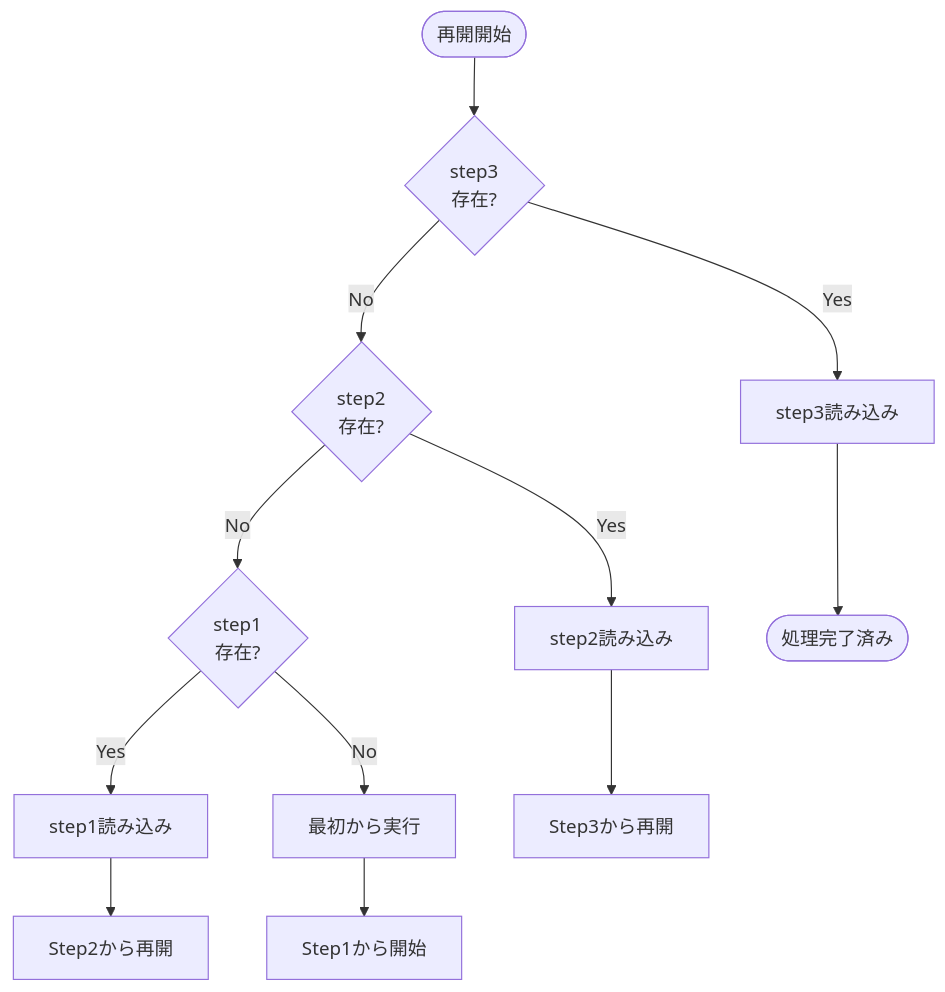
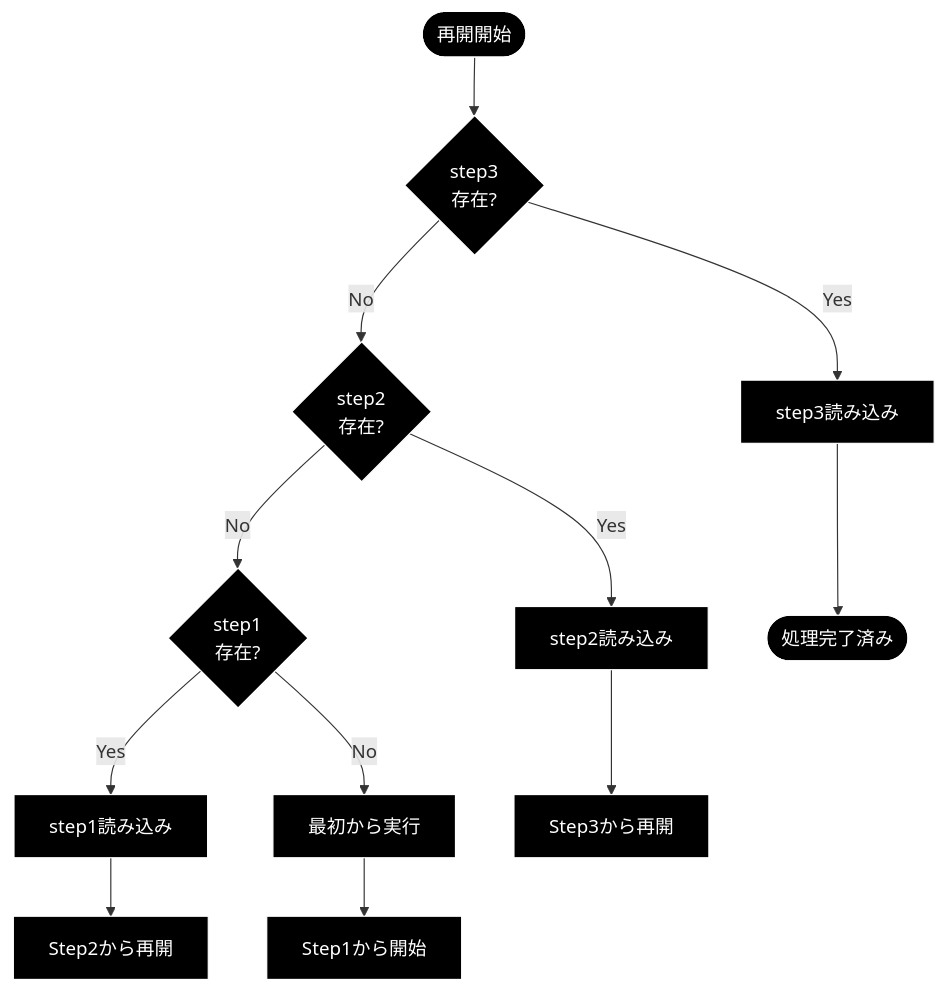
The seventh of 7 diagrams in chunking/doc/csv_text_to_chunks_text_csv.md (nakashima2toshio/ollama_grace_agent_v2), drawn with Mermaid before and after one commit. The commit also changed other lines of this file and 13 other files, not shown here.

````diff
--- a/chunking/doc/csv_text_to_chunks_text_csv.md
+++ b/chunking/doc/csv_text_to_chunks_text_csv.md
@@ -1109,18 +1147,21 @@
 ```mermaid
 flowchart TB
     START(["再開開始"]) --> CHECK1{"step3<br/>存在?"}
 
     CHECK1 -->|Yes| LOAD3["step3読み込み"]
     CHECK1 -->|No| CHECK2{"step2<br/>存在?"}
 
     CHECK2 -->|Yes| LOAD2["step2読み込み"]
     CHECK2 -->|No| CHECK3{"step1<br/>存在?"}
 
     CHECK3 -->|Yes| LOAD1["step1読み込み"]
     CHECK3 -->|No| FULL["最初から実行"]
 
     LOAD3 --> DONE(["処理完了済み"])
     LOAD2 --> STEP3["Step3から再開"]
     LOAD1 --> STEP2["Step2から再開"]
     FULL --> STEP1["Step1から開始"]
+classDef default fill:#000,stroke:#fff,color:#fff
+classDef subgraphStyle fill:#1a1a1a,stroke:#fff,color:#fff
+class START,CHECK1,LOAD3,CHECK2,LOAD2,CHECK3,LOAD1,FULL,DONE,STEP3,STEP2,STEP1 default
 ```
````
